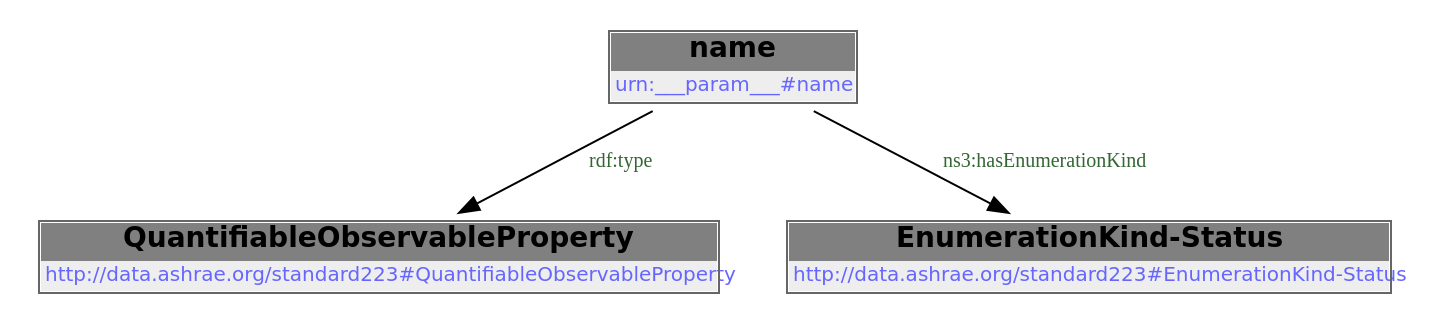
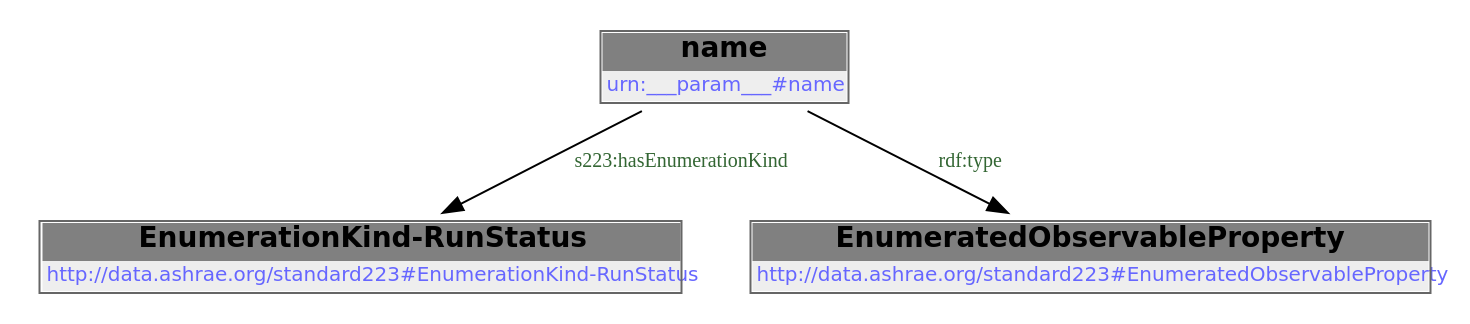
Before and after one commit to DataDrivenCPS/water-ontology: the diagram in docs/libraries/templates/status.rst, drawn with Graphviz. The commit also changed other lines of this file and 83 other files, not shown here.

```diff
--- a/docs/libraries/templates/status.rst
+++ b/docs/libraries/templates/status.rst
@@ -55,10 +45,13 @@
-        .. graphviz::
+.. graphviz::
 
-                digraph G {
-            node [fontname="DejaVu Sans"];
-            node0 -> node1 [color=BLACK, label=< <font point-size='10' color='#336633'>rdf:type</font> >];
-            node0 -> node2 [color=BLACK, label=< <font point-size='10' color='#336633'>ns3:hasEnumerationKind</font> >];
-            node0 [shape=none, color=black, label=< <table color='#666666' cellborder='0' cellspacing='0' border='1'><tr><td colspan='2' bgcolor='grey'><B>name</B></td></tr><tr><td href='urn:___param___#name' bgcolor='#eeeeee' colspan='2'><font point-size='10' color='#6666ff'>urn:___param___#name</font></td></tr></table> >];
-            node1 [shape=none, color=black, label=< <table color='#666666' cellborder='0' cellspacing='0' border='1'><tr><td colspan='2' bgcolor='grey'><B>QuantifiableObservableProperty</B></td></tr><tr><td href='http://data.ashrae.org/standard223#QuantifiableObservableProperty' bgcolor='#eeeeee' colspan='2'><font point-size='10' color='#6666ff'>http://data.ashrae.org/standard223#QuantifiableObservableProperty</font></td></tr></table> >];
-            node2 [shape=none, color=black, label=< <table color='#666666' cellborder='0' cellspacing='0' border='1'><tr><td colspan='2' bgcolor='grey'><B>EnumerationKind-Status</B></td></tr><tr><td href='http://data.ashrae.org/standard223#EnumerationKind-Status' bgcolor='#eeeeee' colspan='2'><font point-size='10' color='#6666ff'>http://data.ashrae.org/standard223#EnumerationKind-Status</font></td></tr></table> >];
-            }
+    digraph {
+     node [ fontname="DejaVu Sans" ] ;
+        node0 -> node1 [ color=BLACK, label=< <font point-size='10' color='#336633'>s223:hasEnumerationKind</font> > ] ;
+        node0 -> node2 [ color=BLACK, label=< <font point-size='10' color='#336633'>rdf:type</font> > ] ;
+    # urn:___param___#name node0
+    node0 [ shape=none, color=black label=< <table color='#666666' cellborder='0' cellspacing='0' border='1'><tr><td colspan='2' bgcolor='grey'><B>name</B></td></tr><tr><td href='urn:___param___#name' bgcolor='#eeeeee' colspan='2'><font point-size='10' color='#6666ff'>urn:___param___#name</font></td></tr></table> > ]
+    # http://data.ashrae.org/standard223#EnumerationKind-RunStatus node1
+    node1 [ shape=none, color=black label=< <table color='#666666' cellborder='0' cellspacing='0' border='1'><tr><td colspan='2' bgcolor='grey'><B>EnumerationKind-RunStatus</B></td></tr><tr><td href='http://data.ashrae.org/standard223#EnumerationKind-RunStatus' bgcolor='#eeeeee' colspan='2'><font point-size='10' color='#6666ff'>http://data.ashrae.org/standard223#EnumerationKind-RunStatus</font></td></tr></table> > ]
+    # http://data.ashrae.org/standard223#EnumeratedObservableProperty node2
+    node2 [ shape=none, color=black label=< <table color='#666666' cellborder='0' cellspacing='0' border='1'><tr><td colspan='2' bgcolor='grey'><B>EnumeratedObservableProperty</B></td></tr><tr><td href='http://data.ashrae.org/standard223#EnumeratedObservableProperty' bgcolor='#eeeeee' colspan='2'><font point-size='10' color='#6666ff'>http://data.ashrae.org/standard223#EnumeratedObservableProperty</font></td></tr></table> > ]
+    }
```
